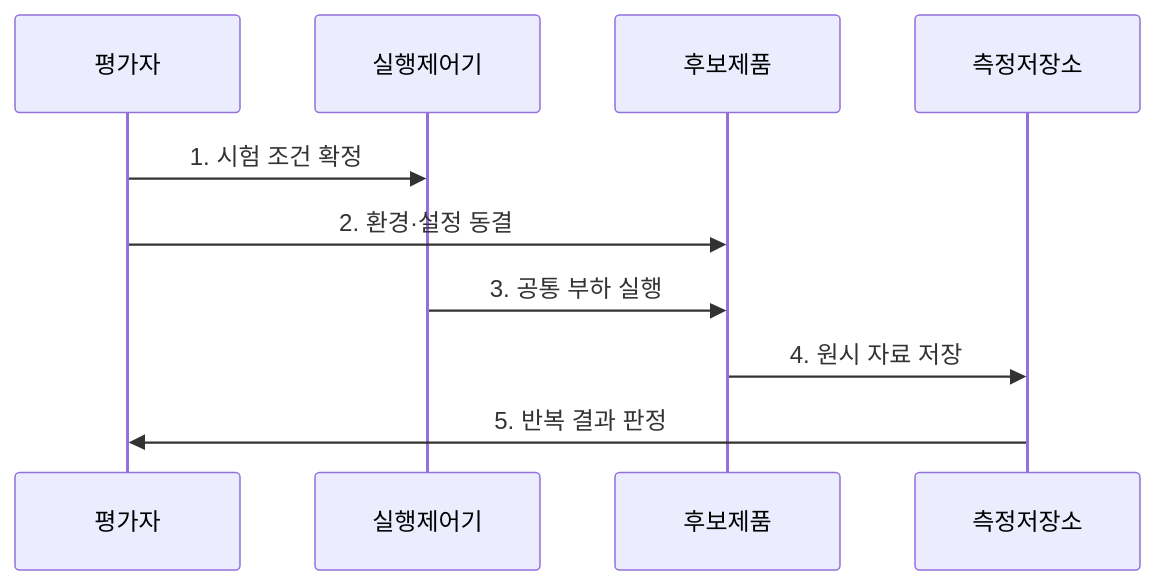
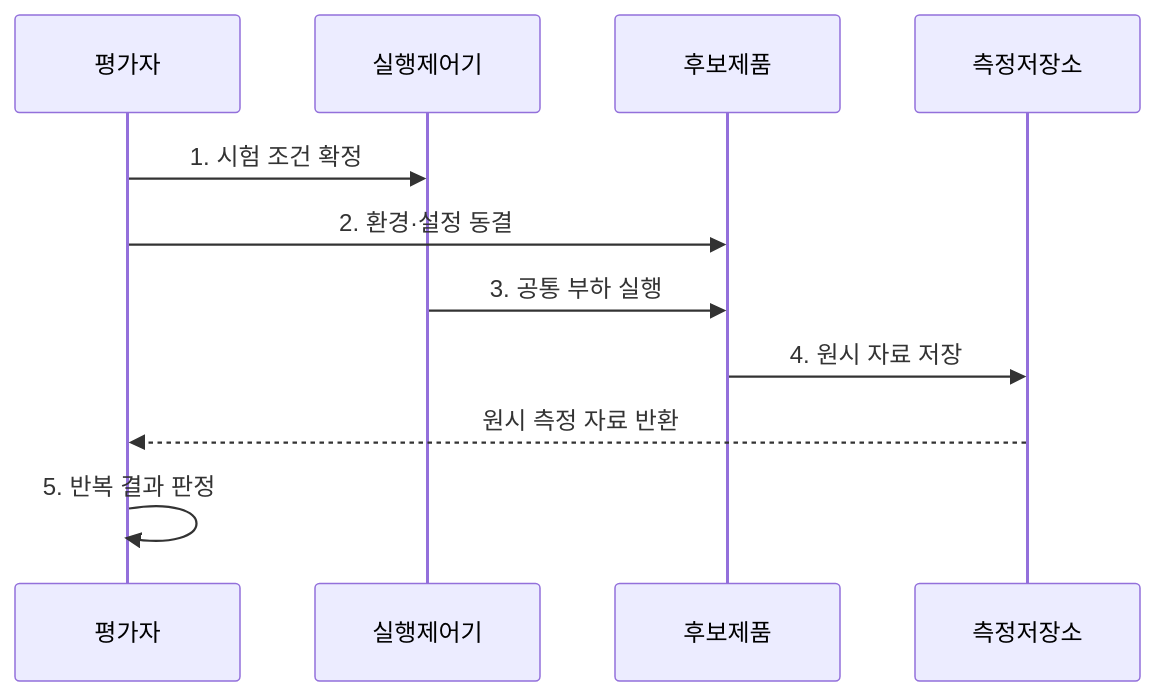
The second of 2 diagrams in src/content/docs/notes/03-software/225_benchmark_test.md (agnusdei1207/knowledge-base), drawn with Mermaid before and after one commit. The commit also changed other lines of this file and 9 other files, not shown here.

````diff
--- a/src/content/docs/notes/03-software/225_benchmark_test.md
+++ b/src/content/docs/notes/03-software/225_benchmark_test.md
@@ -80,12 +84,13 @@
 ```mermaid
 sequenceDiagram
     participant 평가자
     participant 실행제어기
     participant 후보제품
     participant 측정저장소
     평가자->>실행제어기: 1. 시험 조건 확정
     평가자->>후보제품: 2. 환경·설정 동결
     실행제어기->>후보제품: 3. 공통 부하 실행
     후보제품->>측정저장소: 4. 원시 자료 저장
-    측정저장소->>평가자: 5. 반복 결과 판정
+    측정저장소-->>평가자: 원시 측정 자료 반환
+    평가자->>평가자: 5. 반복 결과 판정
 ```
````
